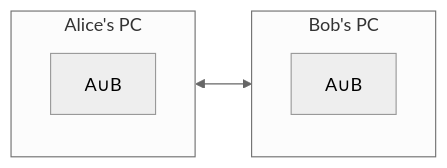
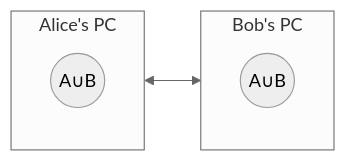
Before and after one commit to sergey-shandar/public: the second of 2 diagrams in notes/set-diff.md, drawn with Mermaid (neutral theme). The commit also changed other lines of this file, not shown here.

````diff
--- a/notes/set-diff.md
+++ b/notes/set-diff.md
@@ -18,10 +18,10 @@
 ```mermaid
 graph LR
   subgraph APC[Alice's PC]
-    A[A∪B]
+    A((A∪B))
   end
   subgraph BPC[Bob's PC]
-   B[A∪B]
+   B((A∪B))
   end
   APC<-->BPC
 ```
````
